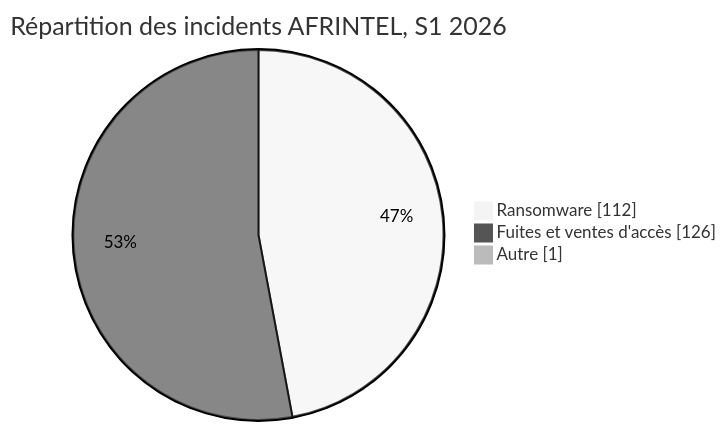
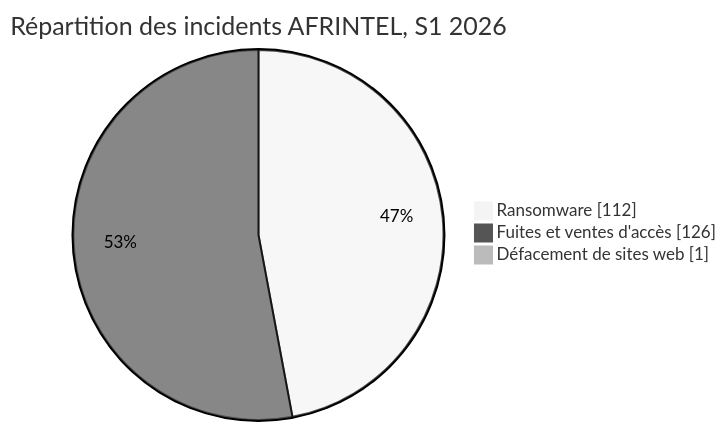
One commit to Hatchepsoute/AFRINTEL changed the first of 4 diagrams in CyberAttackAfrica/2026/README_H1_FR.md. Above: the diagram before and after it, drawn with Mermaid (neutral theme). The commit also changed other lines of this file and 39 other files, not shown here.

````diff
--- a/CyberAttackAfrica/2026/README_H1_FR.md
+++ b/CyberAttackAfrica/2026/README_H1_FR.md
@@ -46,7 +46,7 @@
 ```mermaid
 pie showData
     title Répartition des incidents AFRINTEL, S1 2026
     "Ransomware" : 112
     "Fuites et ventes d'accès" : 126
-    "Autre" : 1
+    "Défacement de sites web" : 1
 ```
````
